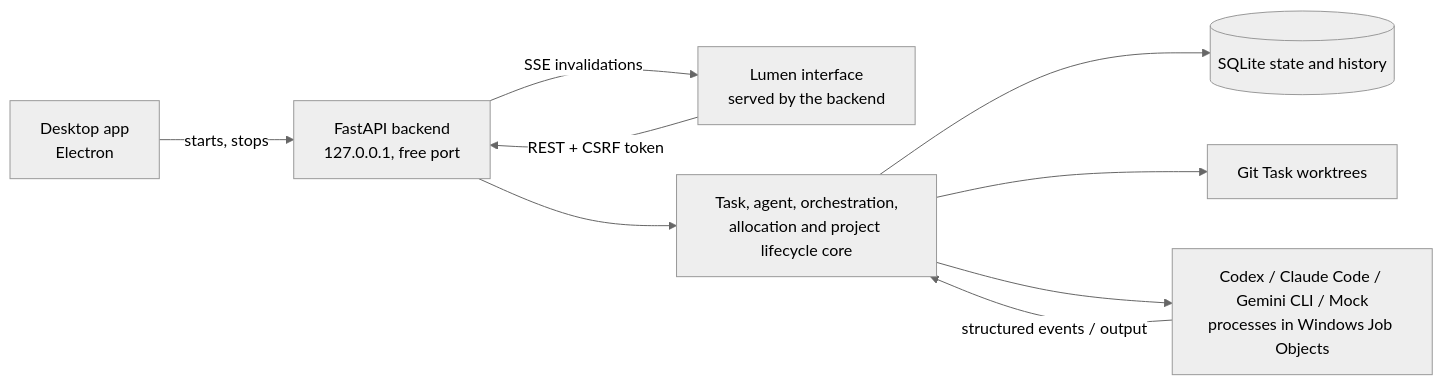
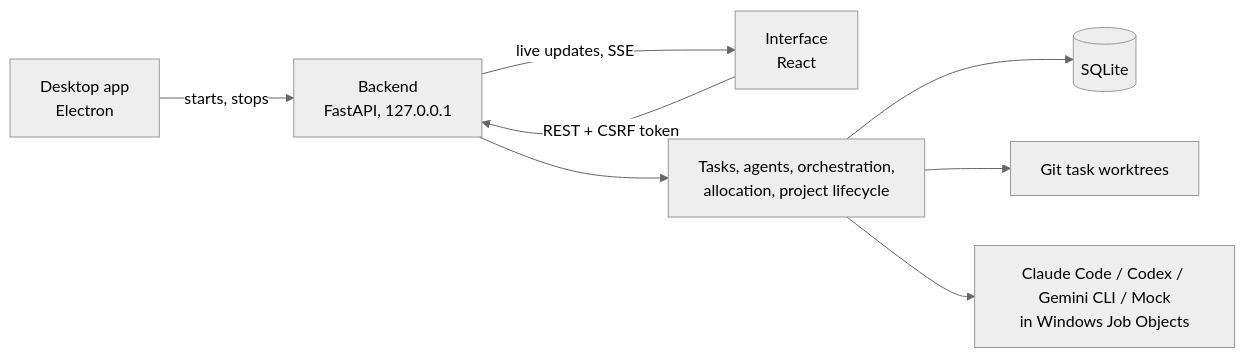
Before and after one commit to amit22882036-ship-it/ai-agent-control-center: the diagram in README.md, drawn with Mermaid (neutral theme). The commit also changed other lines of this file and 8 other files, not shown here.

````diff
--- a/README.md
+++ b/README.md
@@ -82,11 +64,10 @@
 ```mermaid
 flowchart LR
     Shell[Desktop app<br/>Electron] -->|starts, stops| API
-    UI[Lumen interface<br/>served by the backend] -->|REST + CSRF token| API[FastAPI backend<br/>127.0.0.1, free port]
-    API -->|SSE invalidations| UI
-    API --> Core[Task, agent, orchestration,<br/>allocation and project lifecycle core]
-    Core --> DB[(SQLite state and history)]
-    Core --> WS[Git Task worktrees]
-    Core --> Workers[Codex / Claude Code / Gemini CLI / Mock<br/>processes in Windows Job Objects]
-    Workers -->|structured events / output| Core
+    UI[Interface<br/>React] -->|REST + CSRF token| API[Backend<br/>FastAPI, 127.0.0.1]
+    API -->|live updates, SSE| UI
+    API --> Core[Tasks, agents, orchestration,<br/>allocation, project lifecycle]
+    Core --> DB[(SQLite)]
+    Core --> WS[Git task worktrees]
+    Core --> Workers[Claude Code / Codex / Gemini CLI / Mock<br/>in Windows Job Objects]
 ```
````
